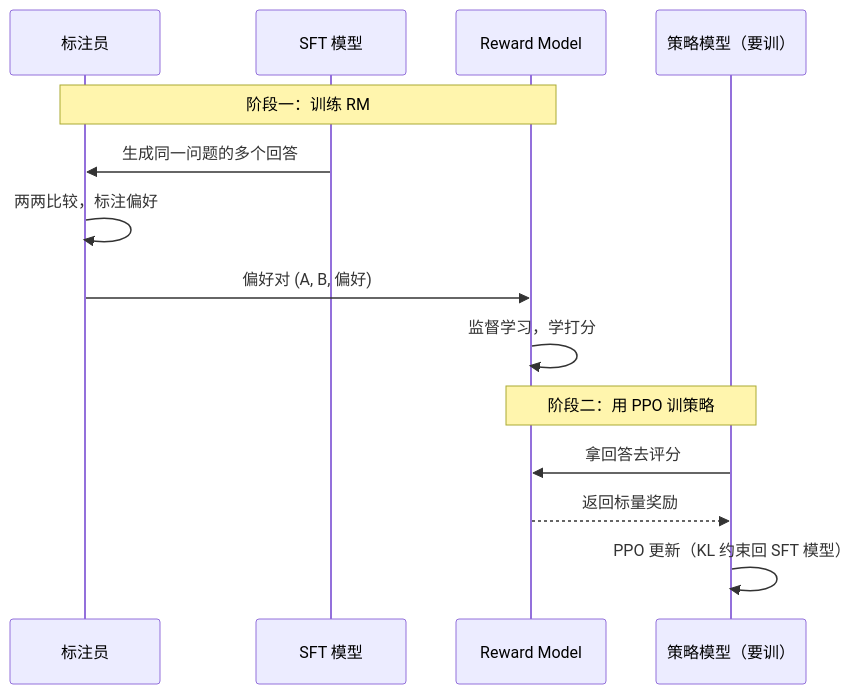
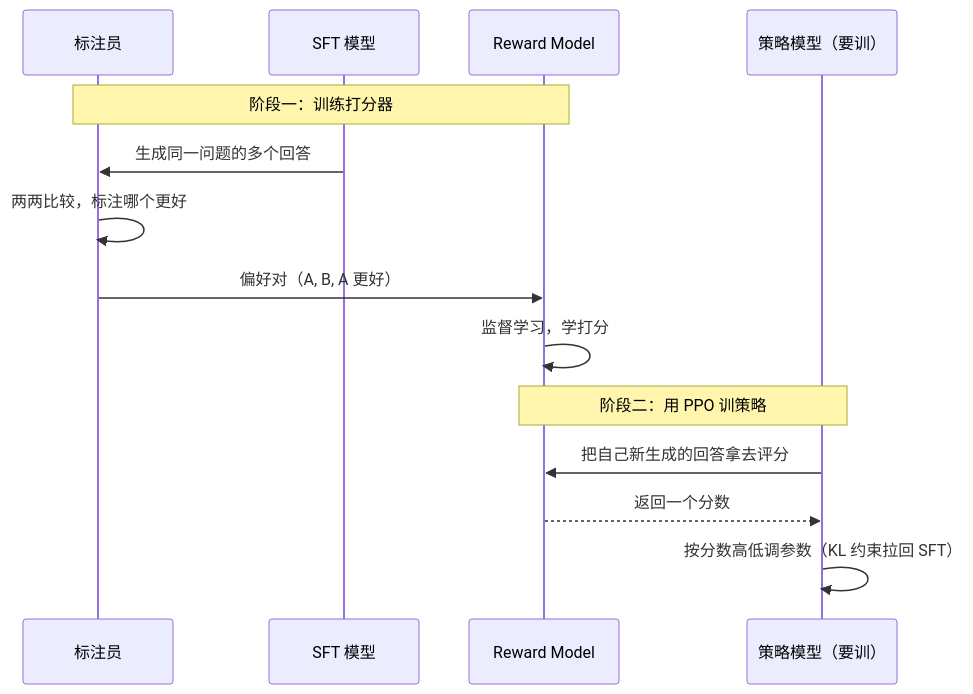
Before and after one commit to Laughingtt/agentkit: the second of 6 diagrams in part-1-大模型基础/ch05-rlhf与对齐.md, drawn with Mermaid. The commit also changed other lines of this file, not shown here.

````diff
--- a/part-1-大模型基础/ch05-rlhf与对齐.md
+++ b/part-1-大模型基础/ch05-rlhf与对齐.md
@@ -75,18 +94,18 @@
 ```mermaid
 sequenceDiagram
     participant H as 标注员
     participant S as SFT 模型
     participant R as Reward Model
     participant P as 策略模型（要训）
 
-    Note over H,R: 阶段一：训练 RM
+    Note over H,R: 阶段一：训练打分器
     S->>H: 生成同一问题的多个回答
-    H->>H: 两两比较，标注偏好
-    H->>R: 偏好对 (A, B, 偏好)
+    H->>H: 两两比较，标注哪个更好
+    H->>R: 偏好对（A, B, A 更好）
     R->>R: 监督学习，学打分
 
     Note over R,P: 阶段二：用 PPO 训策略
-    P->>R: 拿回答去评分
-    R-->>P: 返回标量奖励
-    P->>P: PPO 更新（KL 约束回 SFT 模型）
+    P->>R: 把自己新生成的回答拿去评分
+    R-->>P: 返回一个分数
+    P->>P: 按分数高低调参数（KL 约束拉回 SFT）
 ```
````
